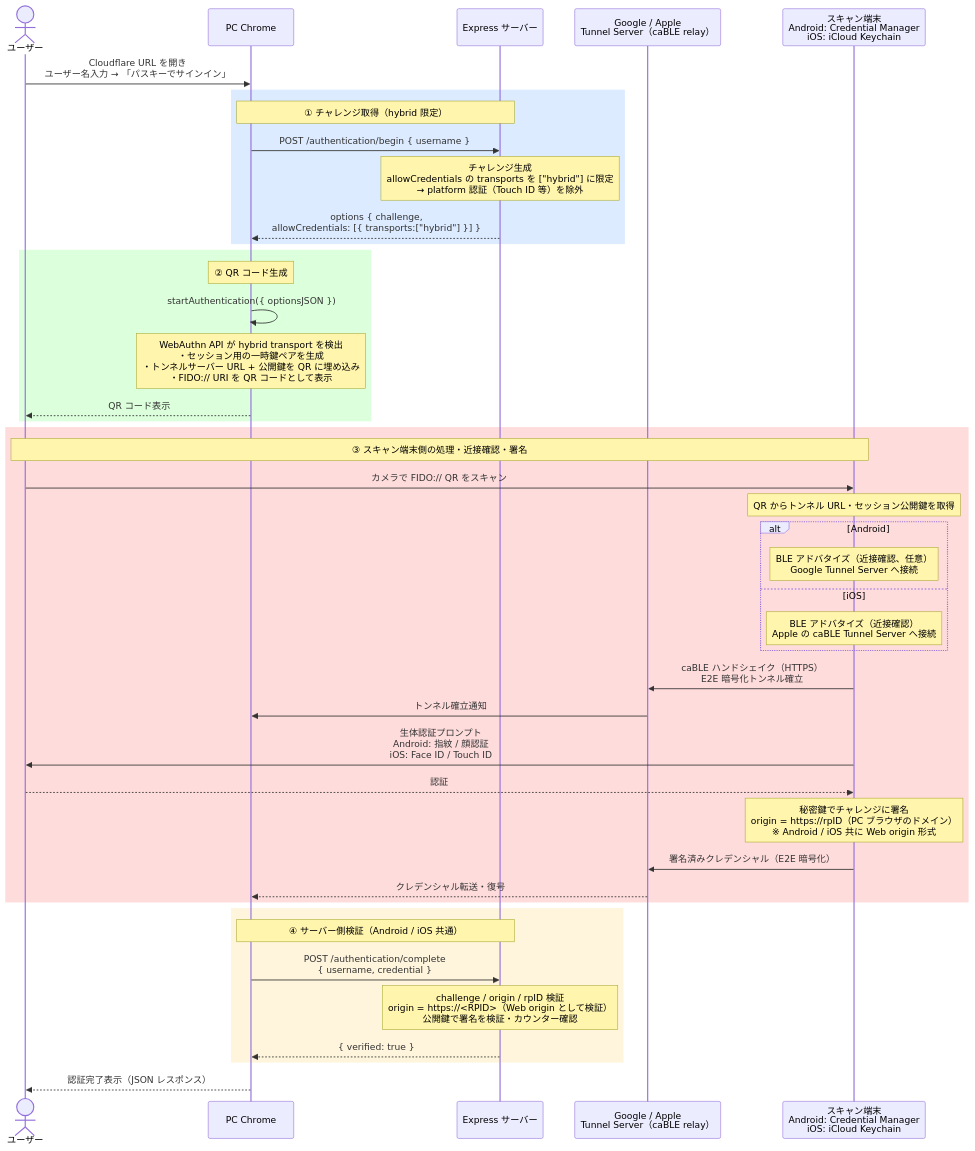
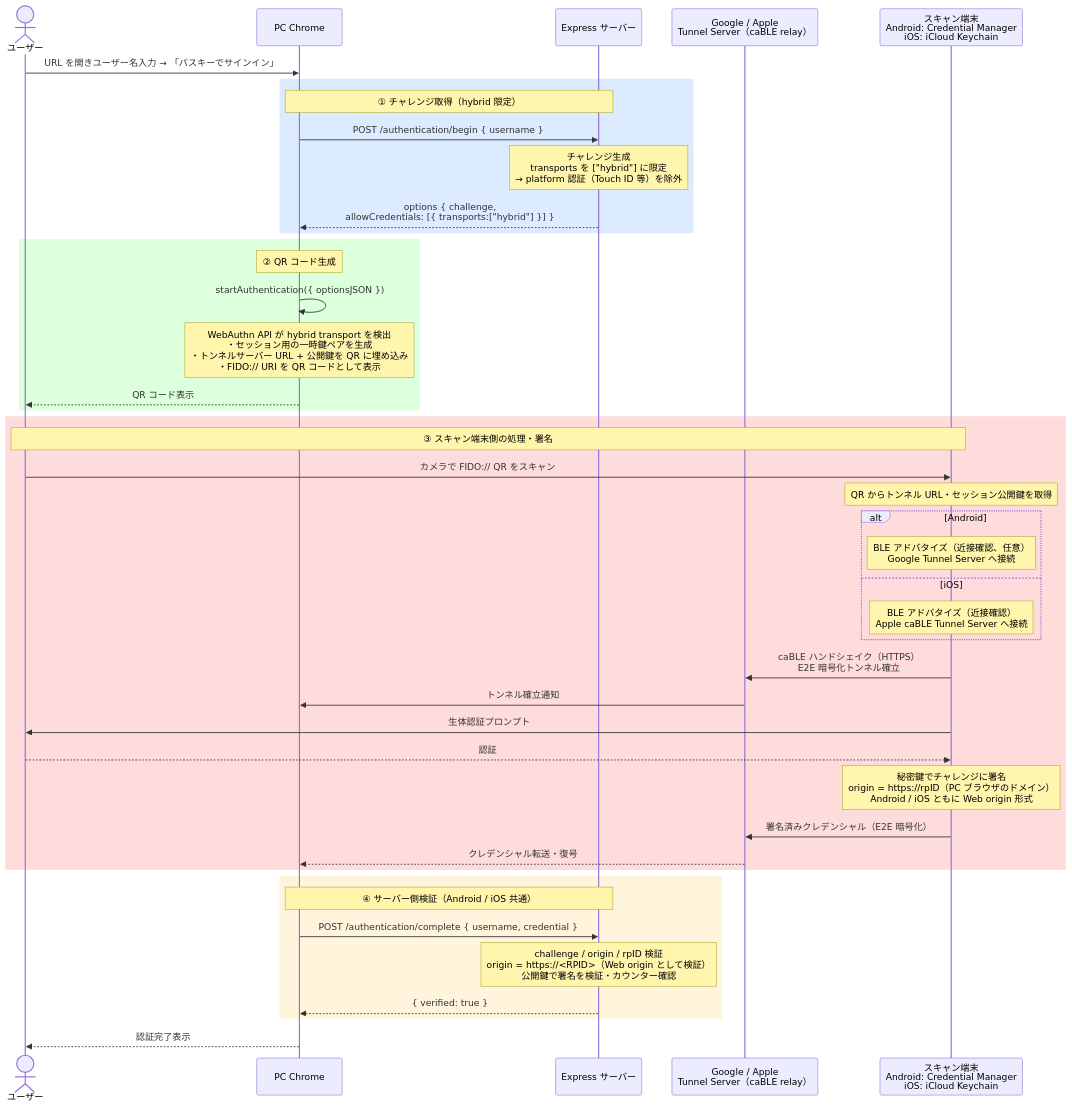
One commit to taka1226s/passkey-poc changed the fourth of 6 diagrams in README.md. Above: the diagram before and after it, drawn with Mermaid. The commit also changed other lines of this file, not shown here.

````diff
--- a/README.md
+++ b/README.md
@@ -370,51 +460,51 @@
 ```mermaid
 sequenceDiagram
     actor User as ユーザー
     participant Browser as PC Chrome
     participant Server as Express サーバー
     participant GTS as Google / Apple<br/>Tunnel Server（caBLE relay）
     participant CM as スキャン端末<br/>Android: Credential Manager<br/>iOS: iCloud Keychain
 
-    User->>Browser: Cloudflare URL を開き<br/>ユーザー名入力 → 「パスキーでサインイン」
+    User->>Browser: URL を開きユーザー名入力 → 「パスキーでサインイン」
 
     rect rgb(220, 235, 255)
         Note over Browser,Server: ① チャレンジ取得（hybrid 限定）
         Browser->>Server: POST /authentication/begin { username }
-        Note over Server: チャレンジ生成<br/>allowCredentials の transports を ["hybrid"] に限定<br/>→ platform 認証（Touch ID 等）を除外
+        Note over Server: チャレンジ生成<br/>transports を ["hybrid"] に限定<br/>→ platform 認証（Touch ID 等）を除外
         Server-->>Browser: options { challenge,<br/>allowCredentials: [{ transports:["hybrid"] }] }
     end
 
     rect rgb(220, 255, 220)
         Note over Browser: ② QR コード生成
         Browser->>Browser: startAuthentication({ optionsJSON })
         Note over Browser: WebAuthn API が hybrid transport を検出<br/>・セッション用の一時鍵ペアを生成<br/>・トンネルサーバー URL + 公開鍵を QR に埋め込み<br/>・FIDO:// URI を QR コードとして表示
         Browser-->>User: QR コード表示
     end
 
     rect rgb(255, 220, 220)
-        Note over User,CM: ③ スキャン端末側の処理・近接確認・署名
+        Note over User,CM: ③ スキャン端末側の処理・署名
         User->>CM: カメラで FIDO:// QR をスキャン
         Note over CM: QR からトンネル URL・セッション公開鍵を取得
         alt Android
             Note over CM: BLE アドバタイズ（近接確認、任意）<br/>Google Tunnel Server へ接続
         else iOS
-            Note over CM: BLE アドバタイズ（近接確認）<br/>Apple の caBLE Tunnel Server へ接続
+            Note over CM: BLE アドバタイズ（近接確認）<br/>Apple caBLE Tunnel Server へ接続
         end
         CM->>GTS: caBLE ハンドシェイク（HTTPS）<br/>E2E 暗号化トンネル確立
         GTS->>Browser: トンネル確立通知
-        CM->>User: 生体認証プロンプト<br/>Android: 指紋 / 顔認証<br/>iOS: Face ID / Touch ID
+        CM->>User: 生体認証プロンプト
         User-->>CM: 認証
-        Note over CM: 秘密鍵でチャレンジに署名<br/>origin = https://rpID（PC ブラウザのドメイン）<br/>※ Android / iOS 共に Web origin 形式
+        Note over CM: 秘密鍵でチャレンジに署名<br/>origin = https://rpID（PC ブラウザのドメイン）<br/>Android / iOS ともに Web origin 形式
         CM->>GTS: 署名済みクレデンシャル（E2E 暗号化）
         GTS-->>Browser: クレデンシャル転送・復号
     end
 
     rect rgb(255, 245, 220)
         Note over Browser,Server: ④ サーバー側検証（Android / iOS 共通）
-        Browser->>Server: POST /authentication/complete<br/>{ username, credential }
+        Browser->>Server: POST /authentication/complete { username, credential }
         Note over Server: challenge / origin / rpID 検証<br/>origin = https://<RPID>（Web origin として検証）<br/>公開鍵で署名を検証・カウンター確認
         Server-->>Browser: { verified: true }
     end
 
-    Browser-->>User: 認証完了表示（JSON レスポンス）
+    Browser-->>User: 認証完了表示
 ```
````
